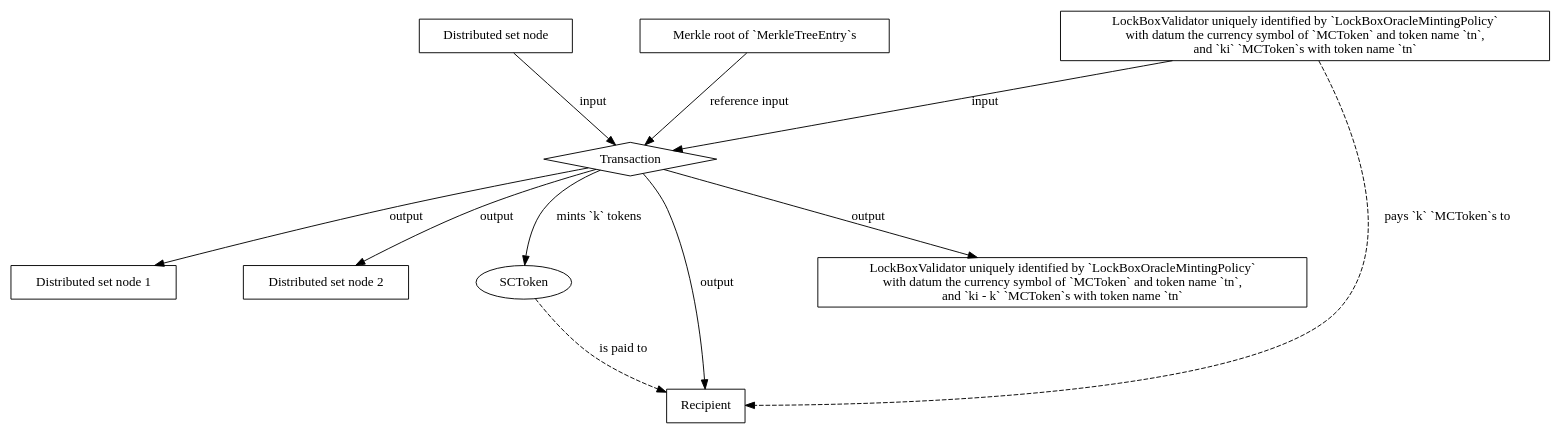
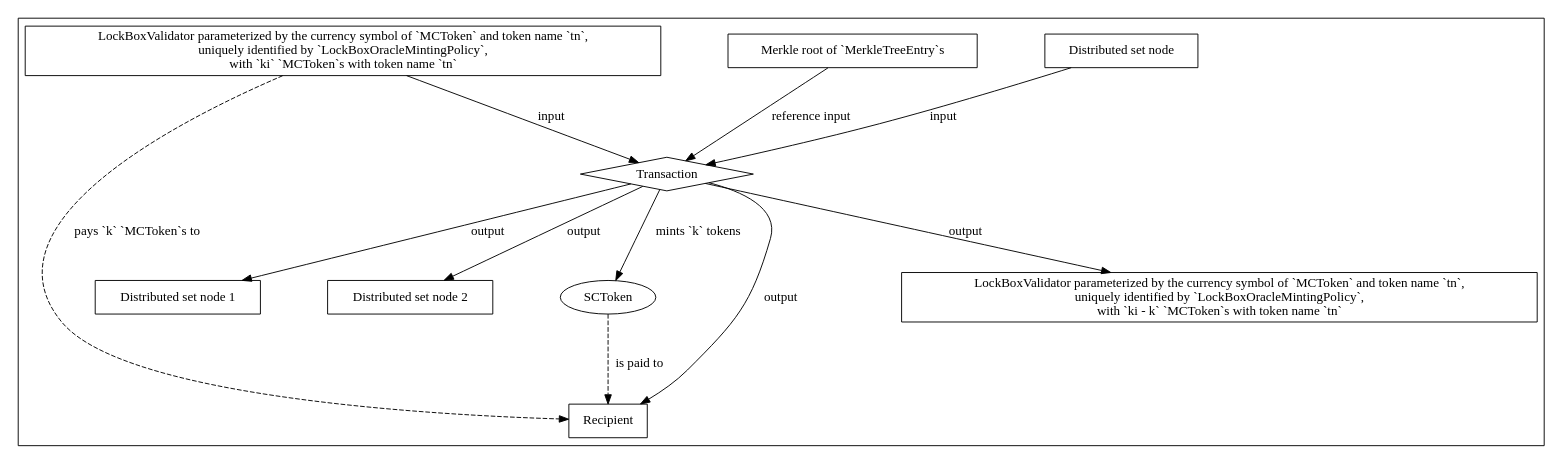
Before and after one commit to input-output-hk/partner-chains-smart-contracts: the diagram in docs/SIPs/07-ModularisingTokenHandling/NftLockBoxSidechainToMainchain.dot, drawn with Graphviz. The commit also changed 6 other files, not shown here.

```diff
--- a/docs/SIPs/07-ModularisingTokenHandling/NftLockBoxSidechainToMainchain.dot
+++ b/docs/SIPs/07-ModularisingTokenHandling/NftLockBoxSidechainToMainchain.dot
@@ -1,41 +1,43 @@
 strict digraph {
   node [shape=record]
   graph [nodesep="1", ranksep="1"]
 
-  DistributedSetNode [ label = "Distributed set node"];
-  MerkleRoot [ label = "Merkle root of `MerkleTreeEntry`s"];
-  LockBoxValidator1 [ label = "LockBoxValidator uniquely identified by `LockBoxOracleMintingPolicy`\nwith datum the currency symbol of `MCToken` and token name `tn`,\nand `ki` `MCToken`s with token name `tn`"];
-  Transaction [ shape=diamond ];
+  subgraph cluster_tx1 {
+      DistributedSetNode [ label = "Distributed set node"];
+      MerkleRoot [ label = "Merkle root of `MerkleTreeEntry`s"];
+      LockBoxValidator1 [ label = "LockBoxValidator parameterized by the currency symbol of `MCToken` and token name `tn`,\nuniquely identified by `LockBoxOracleMintingPolicy`,\nwith `ki` `MCToken`s with token name `tn`"];
+      Transaction [ shape=diamond ];
 
-  LockBoxValidator2 [ label = "LockBoxValidator uniquely identified by `LockBoxOracleMintingPolicy`\nwith datum the currency symbol of `MCToken` and token name `tn`,\nand `ki - k` `MCToken`s with token name `tn`"];
-  DistributedSetNode1 [ label = "Distributed set node 1"];
-  DistributedSetNode2 [ label = "Distributed set node 2"];
-  SCToken [ shape = ellipse ];
-  Recipient [ label = "Recipient" ] ;
+      LockBoxValidator2 [ label = "LockBoxValidator parameterized by the currency symbol of `MCToken` and token name `tn`,\nuniquely identified by `LockBoxOracleMintingPolicy`,\nwith `ki - k` `MCToken`s with token name `tn`"];
+      DistributedSetNode1 [ label = "Distributed set node 1"];
+      DistributedSetNode2 [ label = "Distributed set node 2"];
+      SCToken [ shape = ellipse ];
+      Recipient [ label = "Recipient" ] ;
 
-  LockBoxValidator1 -> Transaction [ label = "input" ];
-  DistributedSetNode -> Transaction [ label = "input" ];
-  MerkleRoot -> Transaction [ label = "reference input" ];
-  Transaction -> DistributedSetNode1 [ label = "output" ];
-  Transaction -> DistributedSetNode2 [ label = "output" ];
-  Transaction -> SCToken [ label = "mints `k` tokens" ];
-  Transaction -> LockBoxValidator2 [ label = "output" ];
-  Transaction -> Recipient [ label = "output" ];
-  SCToken -> Recipient [ label = "is paid to", style=dashed ];
-  LockBoxValidator1 -> Recipient [ label = "pays `k` `MCToken`s to", style=dashed ];
+      LockBoxValidator1 -> Transaction [ label = "input" ];
+      DistributedSetNode -> Transaction [ label = "input" ];
+      MerkleRoot -> Transaction [ label = "reference input" ];
+      Transaction -> DistributedSetNode1 [ label = "output" ];
+      Transaction -> DistributedSetNode2 [ label = "output" ];
+      Transaction -> SCToken [ label = "mints `k` tokens" ];
+      Transaction -> LockBoxValidator2 [ label = "output" ];
+      Transaction -> Recipient [ label = "output" ];
+      SCToken -> Recipient [ label = "is paid to", style=dashed ];
+      LockBoxValidator1 -> Recipient [ label = "pays `k` `MCToken`s to", style=dashed ];
+  }
 
   // UnlockMintingPolicy -> Recipient [ label = "is paid to", style=dashed ];
 
   // UserWallet1 [ label = "User wallet with 10 UnlockMintingPolicy tokens\nwith token name `blake2b(serialiseData((MCToken, tn)))`"];
   // Transaction [ shape=diamond ];
   // LockBoxValidator2 [label = "LockBoxValidator with 3 `MCToken`s\nwith token name `tn`"];
   // UserWallet2 [ label = "UserWallet with 7 `MCToken`s\nwith token name `tn`" ] ;
 
   // LockBoxValidator1 -> Transaction [ label = "input" ];
   // LockBoxValidator2 -> Transaction [ label = "input" ];
   // UserWallet1 -> Transaction [ label = "input" ];
 
   // Transaction -> LockBoxValidator3 [ label = "output" ];
   // Transaction -> UserWallet2 [ label = "output" ];
   // Transaction -> UnlockMintingPolicy [ label = "burns" ];
 }
```
